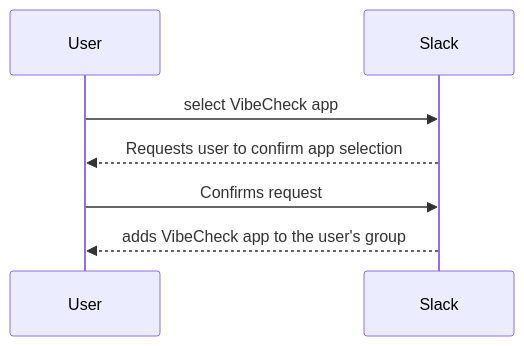
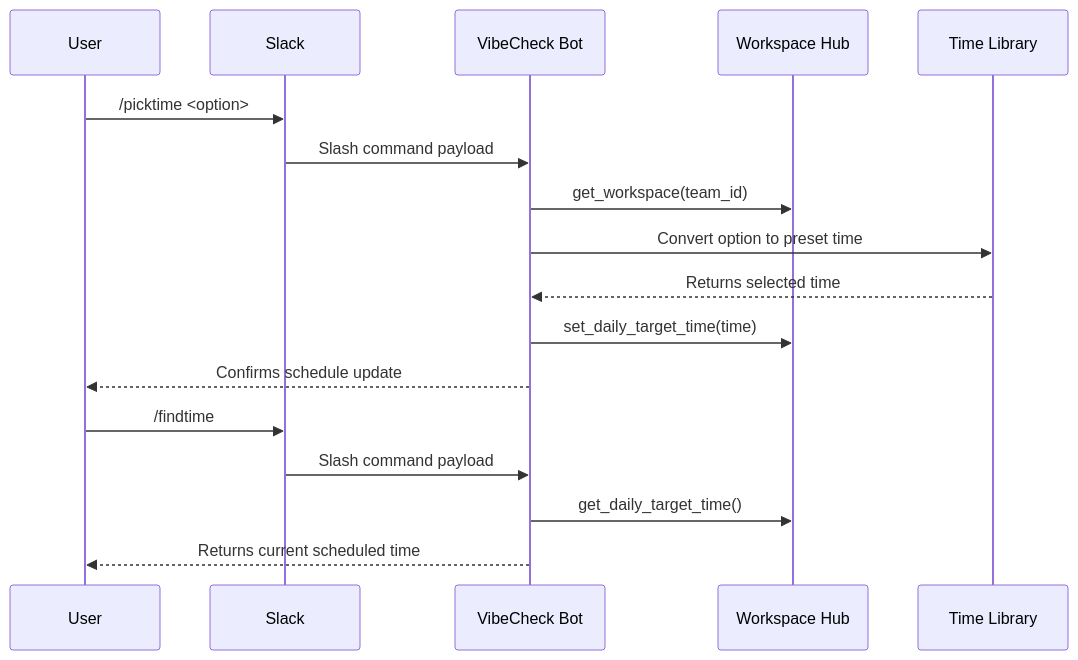
One commit to Capstone-Projects-2026-spring/project-bereal-chatbot changed the third of 5 diagrams in documentation/docs/system-architecture/sequence-diagram.md. Above: the diagram before and after it, drawn with Mermaid. The commit also changed other lines of this file and 1 other file, not shown here.

Commit message:
revised use case descriptions and sequence diagrams

````diff
--- a/documentation/docs/system-architecture/sequence-diagram.md
+++ b/documentation/docs/system-architecture/sequence-diagram.md
@@ -32,9 +47,21 @@
 ```mermaid
 sequenceDiagram
     participant User
     participant Slack
-    User->>Slack: select VibeCheck app
-    Slack-->>User: Requests user to confirm app selection
-    User->>Slack: Confirms request
-    Slack-->>User: adds VibeCheck app to the user's group
+    participant Bot as VibeCheck Bot
+    participant Hub as Workspace Hub
+    participant TimeLib as Time Library
+
+    User->>Slack: /picktime <option>
+    Slack->>Bot: Slash command payload
+    Bot->>Hub: get_workspace(team_id)
+    Bot->>TimeLib: Convert option to preset time
+    TimeLib-->>Bot: Returns selected time
+    Bot->>Hub: set_daily_target_time(time)
+    Bot-->>User: Confirms schedule update
+
+    User->>Slack: /findtime
+    Slack->>Bot: Slash command payload
+    Bot->>Hub: get_daily_target_time()
+    Bot-->>User: Returns current scheduled time
 ```
````
